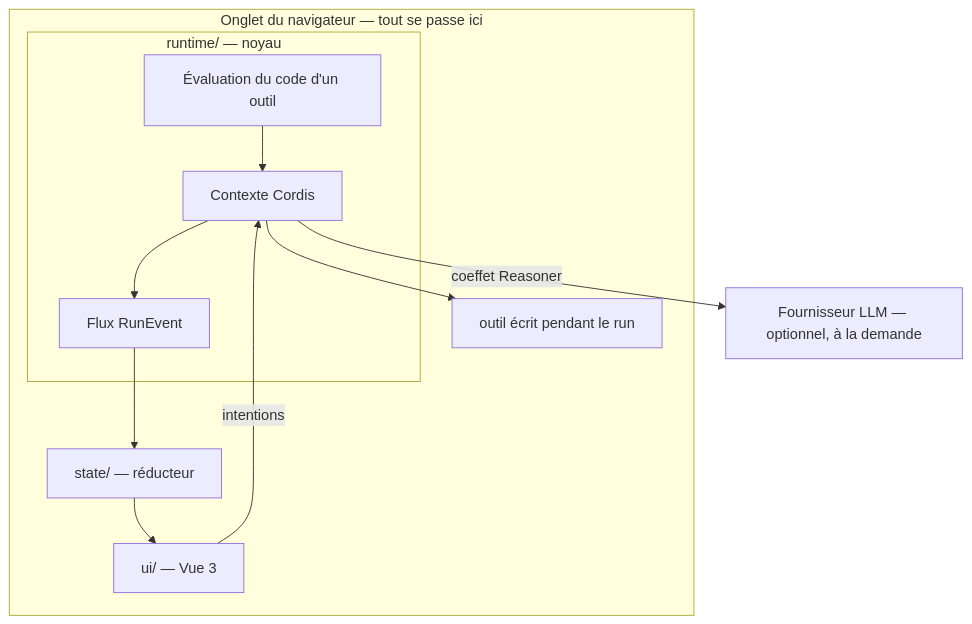
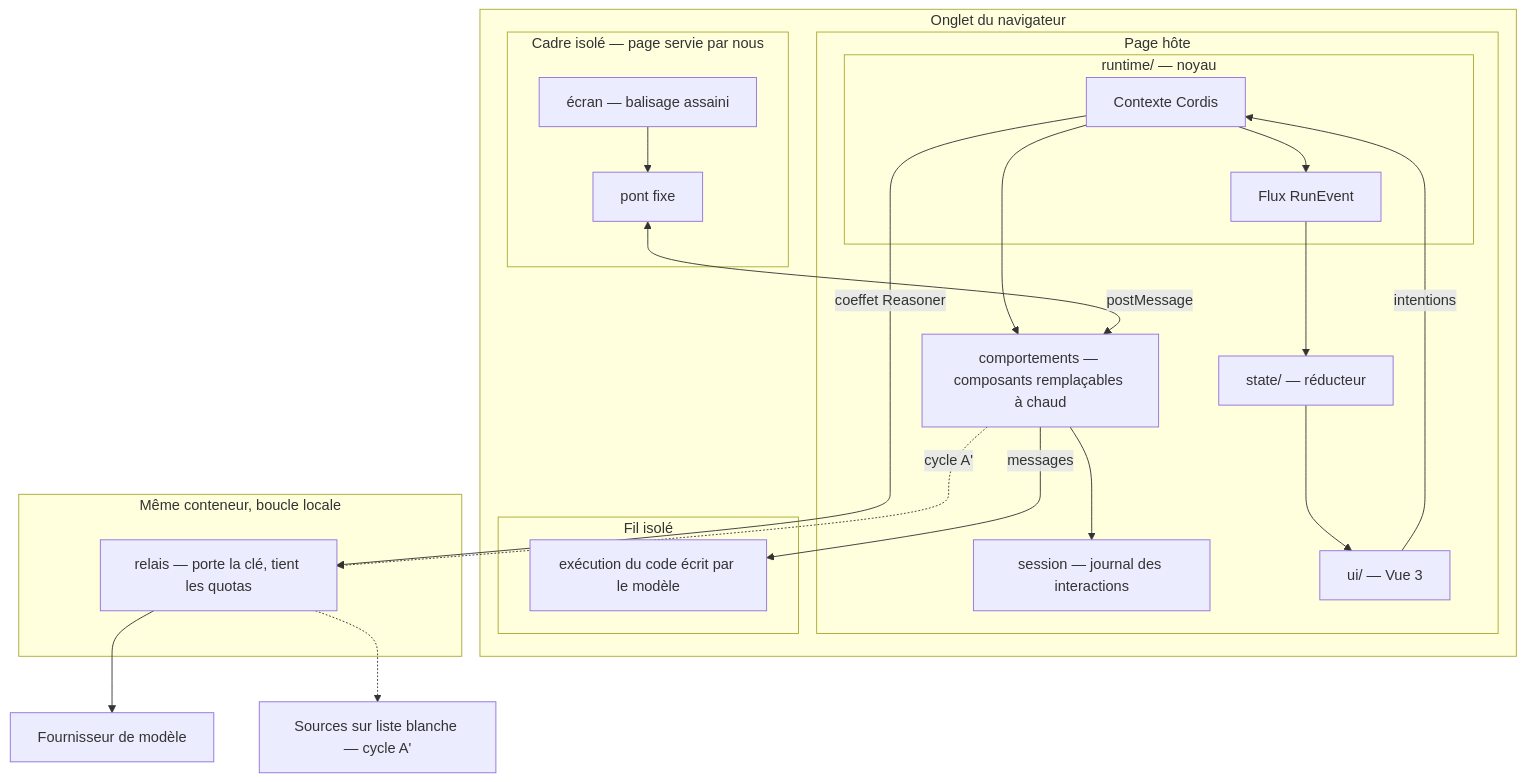
One commit to guillaume-flambard/usine changed the second of 5 diagrams in _bmad-output/planning-artifacts/architecture/architecture-usine-2026-08-20/ARCHITECTURE-SPINE.md. Above: the diagram before and after it, drawn with Mermaid. The commit also changed other lines of this file and 105 other files, not shown here.

````diff
--- a/_bmad-output/planning-artifacts/architecture/architecture-usine-2026-08-20/ARCHITECTURE-SPINE.md
+++ b/_bmad-output/planning-artifacts/architecture/architecture-usine-2026-08-20/ARCHITECTURE-SPINE.md
@@ -273,22 +330,41 @@
 ```mermaid
 flowchart TB
-  subgraph nav["Onglet du navigateur — tout se passe ici"]
-    subgraph coeur["runtime/ — noyau"]
-      cordis["Contexte Cordis"]
-      fab["Évaluation du code d'un outil"]
-      flux["Flux RunEvent"]
+  subgraph nav["Onglet du navigateur"]
+    subgraph hote["Page hôte"]
+      subgraph coeur["runtime/ — noyau"]
+        cordis["Contexte Cordis"]
+        flux["Flux RunEvent"]
+      end
+      comp["comportements — composants remplaçables à chaud"]
+      etat["session — journal des interactions"]
+      red["state/ — réducteur"]
+      vue["ui/ — Vue 3"]
     end
-    red["state/ — réducteur"]
-    vue["ui/ — Vue 3"]
-    prod["outil écrit pendant le run"]
+    subgraph fil["Fil isolé"]
+      exec["exécution du code écrit par le modèle"]
+    end
+    subgraph cadre["Cadre isolé — page servie par nous"]
+      pont["pont fixe"]
+      ecran["écran — balisage assaini"]
+    end
   end
-  fournisseur["Fournisseur LLM — optionnel, à la demande"]
+  subgraph srv["Même conteneur, boucle locale"]
+    relais["relais — porte la clé, tient les quotas"]
+  end
+  fournisseur["Fournisseur de modèle"]
+  sources["Sources sur liste blanche — cycle A'"]
 
   cordis --> flux
-  fab --> cordis
   flux --> red
   red --> vue
   vue -->|intentions| cordis
-  cordis -->|coeffet Reasoner| fournisseur
-  cordis --> prod
+  cordis --> comp
+  comp -->|messages| exec
+  pont <-->|postMessage| comp
+  ecran --> pont
+  comp --> etat
+  cordis -->|coeffet Reasoner| relais
+  relais --> fournisseur
+  comp -.->|cycle A'| relais
+  relais -.-> sources
 ```
````
